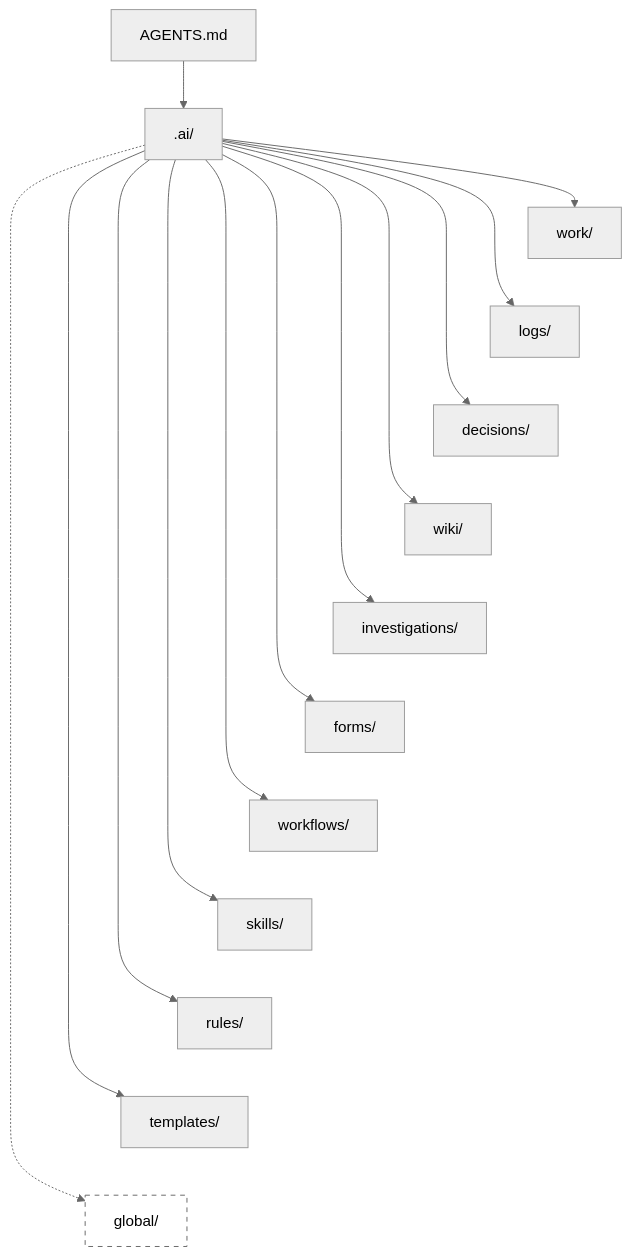
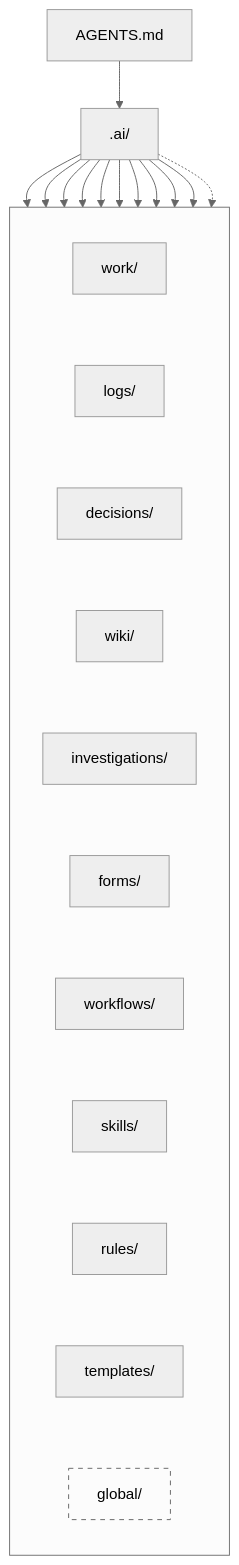
The first of 2 diagrams in README.md (marcosrdac/gamk), drawn with Mermaid (neutral theme) before and after one commit. The commit also changed 2 other files, not shown here.

Commit message:
docs: box README memory map

````diff
--- a/README.md
+++ b/README.md
@@ -22,18 +22,34 @@
 ```mermaid
 flowchart TD
     A["AGENTS.md"] --> M[".ai/"]
-    M --> W["work/"]
-    M --> L["logs/"]
-    M --> D["decisions/"]
-    M --> K["wiki/"]
-    M --> I["investigations/"]
-    M --> F["forms/"]
-    M --> P["workflows/"]
-    M --> S["skills/"]
-    M --> R["rules/"]
-    M --> T["templates/"]
-    M -.-> G["global/"]
 
-    W ~~~ L ~~~ D ~~~ K ~~~ I ~~~ F ~~~ P ~~~ S ~~~ R ~~~ T ~~~ G
+    subgraph MEMORY[" "]
+        direction TB
+        W["work/"]
+        L["logs/"]
+        D["decisions/"]
+        K["wiki/"]
+        I["investigations/"]
+        F["forms/"]
+        P["workflows/"]
+        S["skills/"]
+        R["rules/"]
+        T["templates/"]
+        G["global/"]
+
+        W ~~~ L ~~~ D ~~~ K ~~~ I ~~~ F ~~~ P ~~~ S ~~~ R ~~~ T ~~~ G
+    end
+
+    M --> W
+    M --> L
+    M --> D
+    M --> K
+    M --> I
+    M --> F
+    M --> P
+    M --> S
+    M --> R
+    M --> T
+    M -.-> G
     style G fill:transparent,stroke:#666,stroke-dasharray: 5 5
 ```
````
